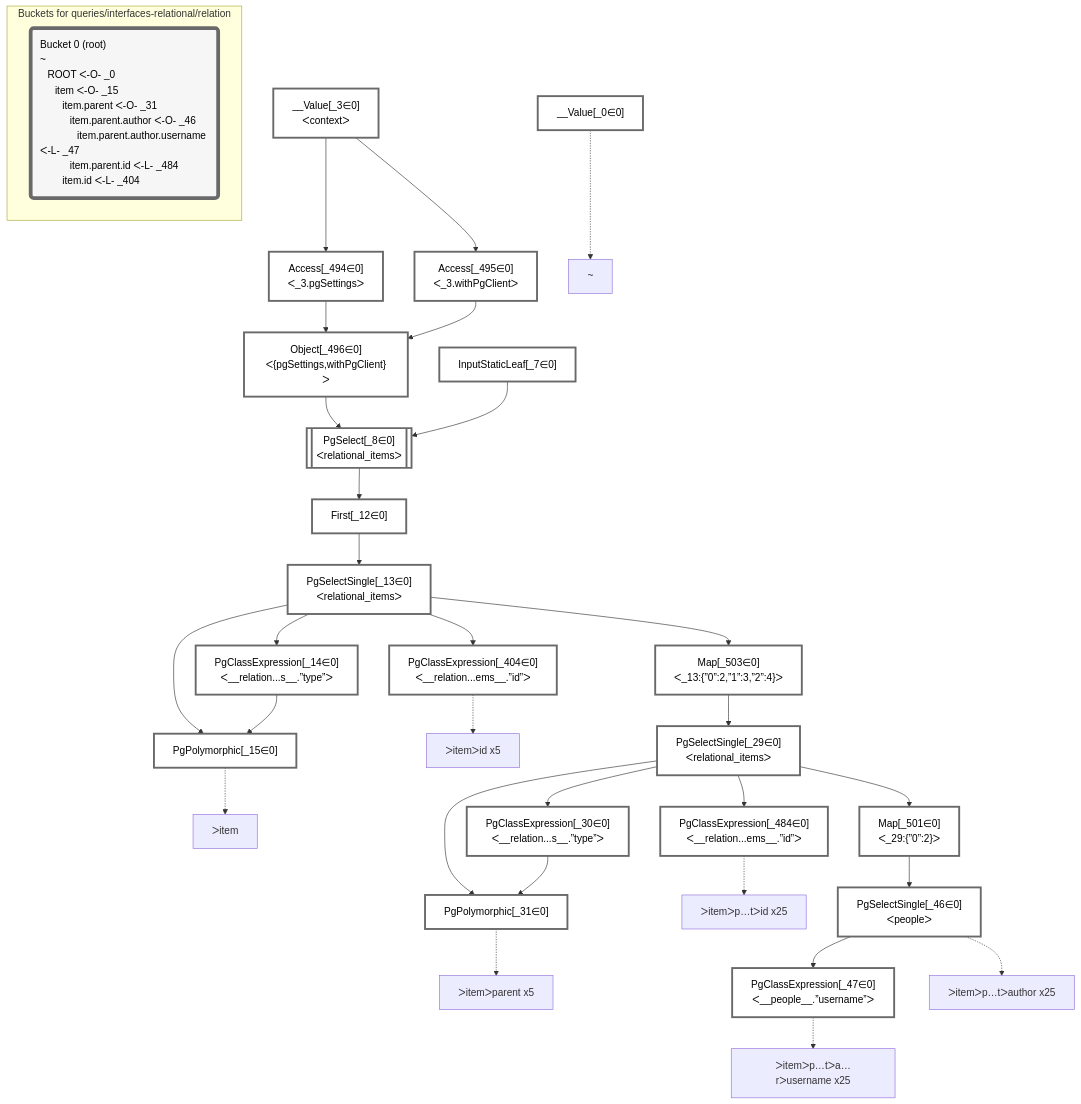
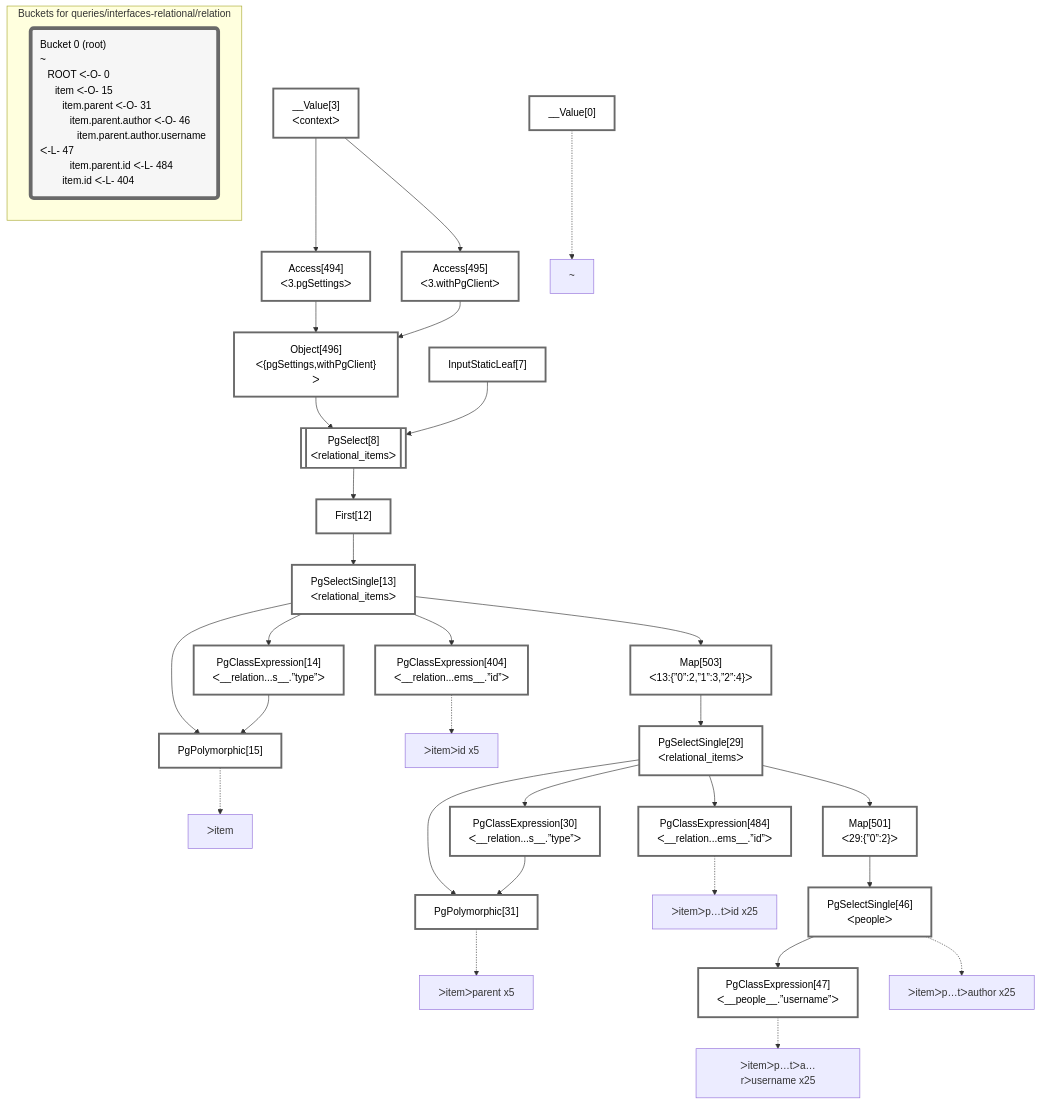
One commit to graphile/crystal changed the diagram in packages/dataplan-pg/__tests__/queries/interfaces-relational/relation.mermaid.md. Above: the diagram before and after it, drawn with Mermaid. The commit also changed 195 other files, not shown here.

````diff
--- a/packages/dataplan-pg/__tests__/queries/interfaces-relational/relation.mermaid.md
+++ b/packages/dataplan-pg/__tests__/queries/interfaces-relational/relation.mermaid.md
@@ -1,72 +1,72 @@
 ```mermaid
 graph TD
     classDef path fill:#eee,stroke:#000,color:#000
     classDef plan fill:#fff,stroke-width:3px,color:#000
     classDef itemplan fill:#fff,stroke-width:6px,color:#000
     classDef sideeffectplan fill:#f00,stroke-width:6px,color:#000
     classDef bucket fill:#f6f6f6,color:#000,stroke-width:6px,text-align:left
 
 
     %% define plans
-    __Value_0["__Value[_0∈0]"]:::plan
-    PgPolymorphic_15["PgPolymorphic[_15∈0]"]:::plan
-    PgClassExpression_14["PgClassExpression[_14∈0]<br />ᐸ__relation...s__.”type”ᐳ"]:::plan
-    PgClassExpression_404["PgClassExpression[_404∈0]<br />ᐸ__relation...ems__.”id”ᐳ"]:::plan
-    PgPolymorphic_31["PgPolymorphic[_31∈0]"]:::plan
-    PgClassExpression_30["PgClassExpression[_30∈0]<br />ᐸ__relation...s__.”type”ᐳ"]:::plan
-    PgClassExpression_484["PgClassExpression[_484∈0]<br />ᐸ__relation...ems__.”id”ᐳ"]:::plan
-    PgClassExpression_47["PgClassExpression[_47∈0]<br />ᐸ__people__.”username”ᐳ"]:::plan
-    PgSelectSingle_46["PgSelectSingle[_46∈0]<br />ᐸpeopleᐳ"]:::plan
-    Map_501["Map[_501∈0]<br />ᐸ_29:{”0”:2}ᐳ"]:::plan
-    PgSelectSingle_29["PgSelectSingle[_29∈0]<br />ᐸrelational_itemsᐳ"]:::plan
-    Map_503["Map[_503∈0]<br />ᐸ_13:{”0”:2,”1”:3,”2”:4}ᐳ"]:::plan
-    PgSelectSingle_13["PgSelectSingle[_13∈0]<br />ᐸrelational_itemsᐳ"]:::plan
-    First_12["First[_12∈0]"]:::plan
-    PgSelect_8[["PgSelect[_8∈0]<br />ᐸrelational_itemsᐳ"]]:::plan
-    Object_496["Object[_496∈0]<br />ᐸ{pgSettings,withPgClient}ᐳ"]:::plan
-    Access_494["Access[_494∈0]<br />ᐸ_3.pgSettingsᐳ"]:::plan
-    Access_495["Access[_495∈0]<br />ᐸ_3.withPgClientᐳ"]:::plan
-    __Value_3["__Value[_3∈0]<br />ᐸcontextᐳ"]:::plan
-    InputStaticLeaf_7["InputStaticLeaf[_7∈0]"]:::plan
+    __Value0["__Value[0]"]:::plan
+    PgPolymorphic15["PgPolymorphic[15]"]:::plan
+    PgClassExpression14["PgClassExpression[14]<br />ᐸ__relation...s__.”type”ᐳ"]:::plan
+    PgClassExpression404["PgClassExpression[404]<br />ᐸ__relation...ems__.”id”ᐳ"]:::plan
+    PgPolymorphic31["PgPolymorphic[31]"]:::plan
+    PgClassExpression30["PgClassExpression[30]<br />ᐸ__relation...s__.”type”ᐳ"]:::plan
+    PgClassExpression484["PgClassExpression[484]<br />ᐸ__relation...ems__.”id”ᐳ"]:::plan
+    PgClassExpression47["PgClassExpression[47]<br />ᐸ__people__.”username”ᐳ"]:::plan
+    PgSelectSingle46["PgSelectSingle[46]<br />ᐸpeopleᐳ"]:::plan
+    Map501["Map[501]<br />ᐸ29:{”0”:2}ᐳ"]:::plan
+    PgSelectSingle29["PgSelectSingle[29]<br />ᐸrelational_itemsᐳ"]:::plan
+    Map503["Map[503]<br />ᐸ13:{”0”:2,”1”:3,”2”:4}ᐳ"]:::plan
+    PgSelectSingle13["PgSelectSingle[13]<br />ᐸrelational_itemsᐳ"]:::plan
+    First12["First[12]"]:::plan
+    PgSelect8[["PgSelect[8]<br />ᐸrelational_itemsᐳ"]]:::plan
+    Object496["Object[496]<br />ᐸ{pgSettings,withPgClient}ᐳ"]:::plan
+    Access494["Access[494]<br />ᐸ3.pgSettingsᐳ"]:::plan
+    Access495["Access[495]<br />ᐸ3.withPgClientᐳ"]:::plan
+    __Value3["__Value[3]<br />ᐸcontextᐳ"]:::plan
+    InputStaticLeaf7["InputStaticLeaf[7]"]:::plan
 
     %% plan dependencies
-    PgSelectSingle_13 & PgClassExpression_14 --> PgPolymorphic_15
-    PgSelectSingle_13 --> PgClassExpression_14
-    PgSelectSingle_13 --> PgClassExpression_404
-    PgSelectSingle_29 & PgClassExpression_30 --> PgPolymorphic_31
-    PgSelectSingle_29 --> PgClassExpression_30
-    PgSelectSingle_29 --> PgClassExpression_484
-    PgSelectSingle_46 --> PgClassExpression_47
-    Map_501 --> PgSelectSingle_46
-    PgSelectSingle_29 --> Map_501
-    Map_503 --> PgSelectSingle_29
-    PgSelectSingle_13 --> Map_503
-    First_12 --> PgSelectSingle_13
-    PgSelect_8 --> First_12
-    Object_496 & InputStaticLeaf_7 --> PgSelect_8
-    Access_494 & Access_495 --> Object_496
-    __Value_3 --> Access_494
-    __Value_3 --> Access_495
+    PgSelectSingle13 & PgClassExpression14 --> PgPolymorphic15
+    PgSelectSingle13 --> PgClassExpression14
+    PgSelectSingle13 --> PgClassExpression404
+    PgSelectSingle29 & PgClassExpression30 --> PgPolymorphic31
+    PgSelectSingle29 --> PgClassExpression30
+    PgSelectSingle29 --> PgClassExpression484
+    PgSelectSingle46 --> PgClassExpression47
+    Map501 --> PgSelectSingle46
+    PgSelectSingle29 --> Map501
+    Map503 --> PgSelectSingle29
+    PgSelectSingle13 --> Map503
+    First12 --> PgSelectSingle13
+    PgSelect8 --> First12
+    Object496 & InputStaticLeaf7 --> PgSelect8
+    Access494 & Access495 --> Object496
+    __Value3 --> Access494
+    __Value3 --> Access495
 
     %% plan-to-path relationships
-    P_0["~"]
-    __Value_0 -.-> P_0
-    P_15["ᐳitem"]
-    PgPolymorphic_15 -.-> P_15
-    P_31["ᐳitemᐳparent x5"]
-    PgPolymorphic_31 -.-> P_31
-    P_46["ᐳitemᐳp…tᐳauthor x25"]
-    PgSelectSingle_46 -.-> P_46
-    P_47["ᐳitemᐳp…tᐳa…rᐳusername x25"]
-    PgClassExpression_47 -.-> P_47
-    P_404["ᐳitemᐳid x5"]
-    PgClassExpression_404 -.-> P_404
-    P_484["ᐳitemᐳp…tᐳid x25"]
-    PgClassExpression_484 -.-> P_484
+    P0["~"]
+    __Value0 -.-> P0
+    P15["ᐳitem"]
+    PgPolymorphic15 -.-> P15
+    P31["ᐳitemᐳparent x5"]
+    PgPolymorphic31 -.-> P31
+    P46["ᐳitemᐳp…tᐳauthor x25"]
+    PgSelectSingle46 -.-> P46
+    P47["ᐳitemᐳp…tᐳa…rᐳusername x25"]
+    PgClassExpression47 -.-> P47
+    P404["ᐳitemᐳid x5"]
+    PgClassExpression404 -.-> P404
+    P484["ᐳitemᐳp…tᐳid x25"]
+    PgClassExpression484 -.-> P484
 
     subgraph "Buckets for queries/interfaces-relational/relation"
-    Bucket0("Bucket 0 (root)<br />~<br />⠀ROOT ᐸ-O- _0<br />⠀⠀item ᐸ-O- _15<br />⠀⠀⠀item.parent ᐸ-O- _31<br />⠀⠀⠀⠀item.parent.author ᐸ-O- _46<br />⠀⠀⠀⠀⠀item.parent.author.username ᐸ-L- _47<br />⠀⠀⠀⠀item.parent.id ᐸ-L- _484<br />⠀⠀⠀item.id ᐸ-L- _404"):::bucket
+    Bucket0("Bucket 0 (root)<br />~<br />⠀ROOT ᐸ-O- 0<br />⠀⠀item ᐸ-O- 15<br />⠀⠀⠀item.parent ᐸ-O- 31<br />⠀⠀⠀⠀item.parent.author ᐸ-O- 46<br />⠀⠀⠀⠀⠀item.parent.author.username ᐸ-L- 47<br />⠀⠀⠀⠀item.parent.id ᐸ-L- 484<br />⠀⠀⠀item.id ᐸ-L- 404"):::bucket
     classDef bucket0 stroke:#696969
-    class Bucket0,__Value_0,__Value_3,InputStaticLeaf_7,PgSelect_8,First_12,PgSelectSingle_13,PgClassExpression_14,PgPolymorphic_15,PgSelectSingle_29,PgClassExpression_30,PgPolymorphic_31,PgSelectSingle_46,PgClassExpression_47,PgClassExpression_404,PgClassExpression_484,Access_494,Access_495,Object_496,Map_501,Map_503 bucket0
+    class Bucket0,__Value0,__Value3,InputStaticLeaf7,PgSelect8,First12,PgSelectSingle13,PgClassExpression14,PgPolymorphic15,PgSelectSingle29,PgClassExpression30,PgPolymorphic31,PgSelectSingle46,PgClassExpression47,PgClassExpression404,PgClassExpression484,Access494,Access495,Object496,Map501,Map503 bucket0
     end
 ```
````
